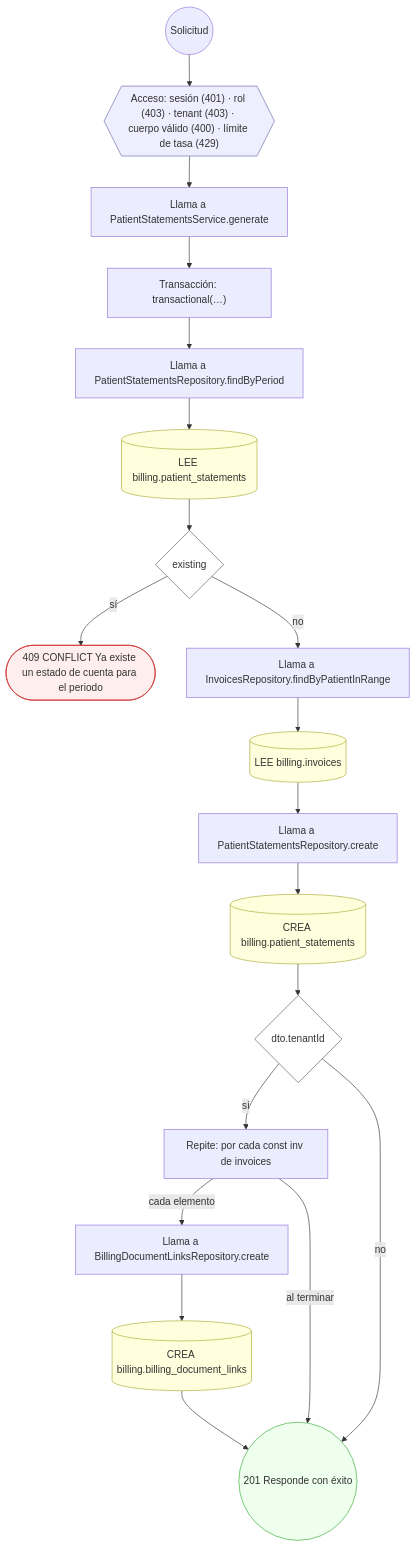
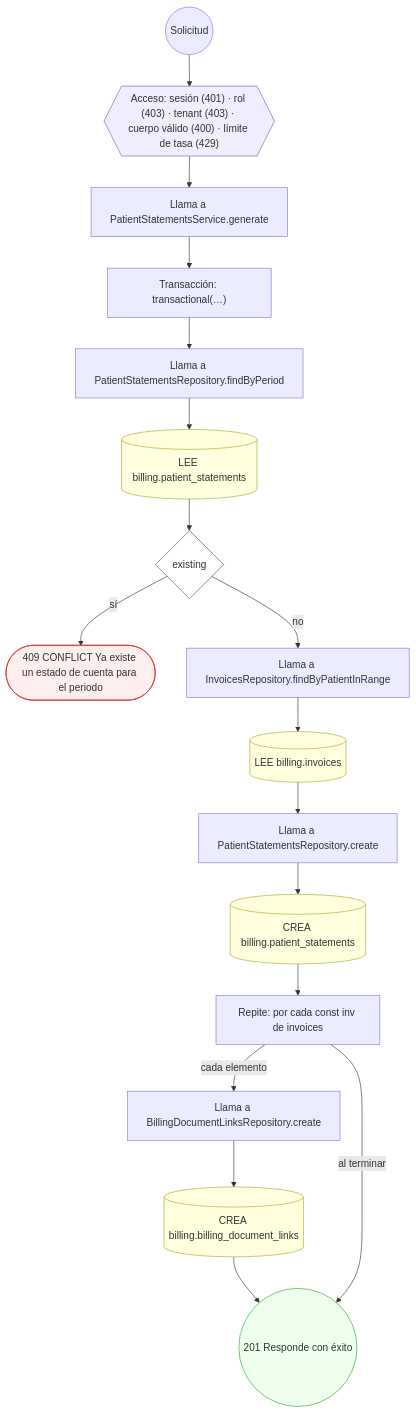
Diagram 13 of 34 in docs/inventario/flujos/billing.md (mdavila-2001/mantra-core-health-api), drawn with Mermaid before and after one commit. The commit also changed other lines of this file and 438 other files, not shown here.

````diff
--- a/docs/inventario/flujos/billing.md
+++ b/docs/inventario/flujos/billing.md
@@ -978,44 +995,41 @@
 ```mermaid
 flowchart TD
   n1(("Solicitud")):::inicio
   n2{{"Acceso: sesión (401) · rol (403) · tenant (403) · cuerpo válido (400) · límite de tasa (429)"}}:::acceso
   n1 --> n2
   n3["Llama a PatientStatementsService.generate"]:::llamada
   n2 --> n3
   n4["Transacción: transactional(…)"]:::transaccion
   n3 --> n4
   n5["Llama a PatientStatementsRepository.findByPeriod"]:::llamada
   n4 --> n5
   n6[("LEE billing.patient_statements")]:::efecto
   n5 --> n6
   n7{"existing"}:::decision
   n6 --> n7
   n8(["409 CONFLICT Ya existe un estado de cuenta para el periodo"]):::error
   n7 -->|"sí"| n8
   n9["Llama a InvoicesRepository.findByPatientInRange"]:::llamada
   n7 -->|"no"| n9
   n10[("LEE billing.invoices")]:::efecto
   n9 --> n10
   n11["Llama a PatientStatementsRepository.create"]:::llamada
   n10 --> n11
   n12[("CREA billing.patient_statements")]:::efecto
   n11 --> n12
-  n13{"dto.tenantId"}:::decision
+  n13["Repite: por cada const inv de invoices"]:::bucle
   n12 --> n13
-  n14["Repite: por cada const inv de invoices"]:::bucle
-  n13 -->|"sí"| n14
-  n15["Llama a BillingDocumentLinksRepository.create"]:::llamada
-  n14 -->|"cada elemento"| n15
-  n16[("CREA billing.billing_document_links")]:::efecto
+  n14["Llama a BillingDocumentLinksRepository.create"]:::llamada
+  n13 -->|"cada elemento"| n14
+  n15[("CREA billing.billing_document_links")]:::efecto
+  n14 --> n15
+  n16(("201 Responde con éxito")):::ok
   n15 --> n16
-  n17(("201 Responde con éxito")):::ok
-  n16 --> n17
-  n14 -->|"al terminar"| n17
-  n13 -->|"no"| n17
+  n13 -->|"al terminar"| n16
   classDef acceso fill:#eef,stroke:#66a
   classDef error fill:#fee,stroke:#c33
   classDef ok fill:#efe,stroke:#3a3
   classDef efecto fill:#ffd,stroke:#aa3
   classDef decision fill:#fff,stroke:#555
   classDef corte fill:#eee,stroke:#999,stroke-dasharray: 4
 ```
````
